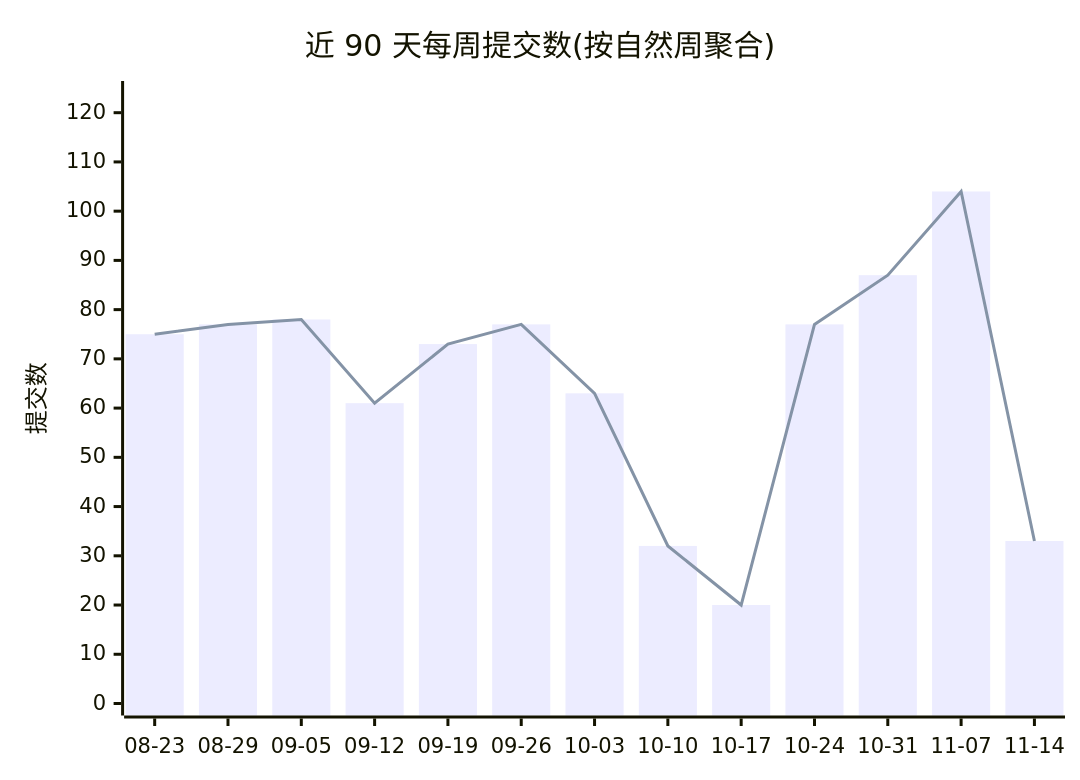
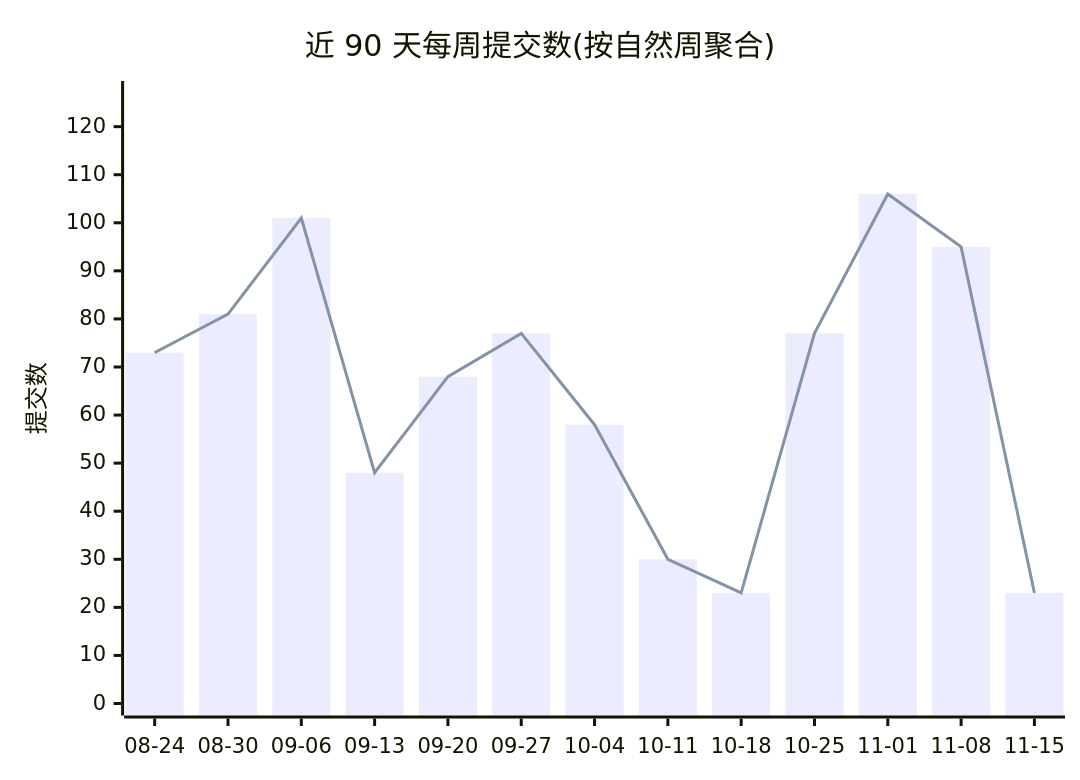
The first of 2 diagrams in profile/README.md (Conflux-Union/.github), drawn with Mermaid before and after one commit. The commit also changed other lines of this file and 1 other file, not shown here.

````diff
--- a/profile/README.md
+++ b/profile/README.md
@@ -47,8 +47,8 @@
 ```mermaid
 xychart-beta
     title "近 90 天每周提交数(按自然周聚合)"
-    x-axis ["08-23", "08-29", "09-05", "09-12", "09-19", "09-26", "10-03", "10-10", "10-17", "10-24", "10-31", "11-07", "11-14"]
-    y-axis "提交数" 0 --> 124
-    bar [75, 77, 78, 61, 73, 77, 63, 32, 20, 77, 87, 104, 33]
-    line [75, 77, 78, 61, 73, 77, 63, 32, 20, 77, 87, 104, 33]
+    x-axis ["08-24", "08-30", "09-06", "09-13", "09-20", "09-27", "10-04", "10-11", "10-18", "10-25", "11-01", "11-08", "11-15"]
+    y-axis "提交数" 0 --> 127
+    bar [73, 81, 101, 48, 68, 77, 58, 30, 23, 77, 106, 95, 23]
+    line [73, 81, 101, 48, 68, 77, 58, 30, 23, 77, 106, 95, 23]
 ```
````
